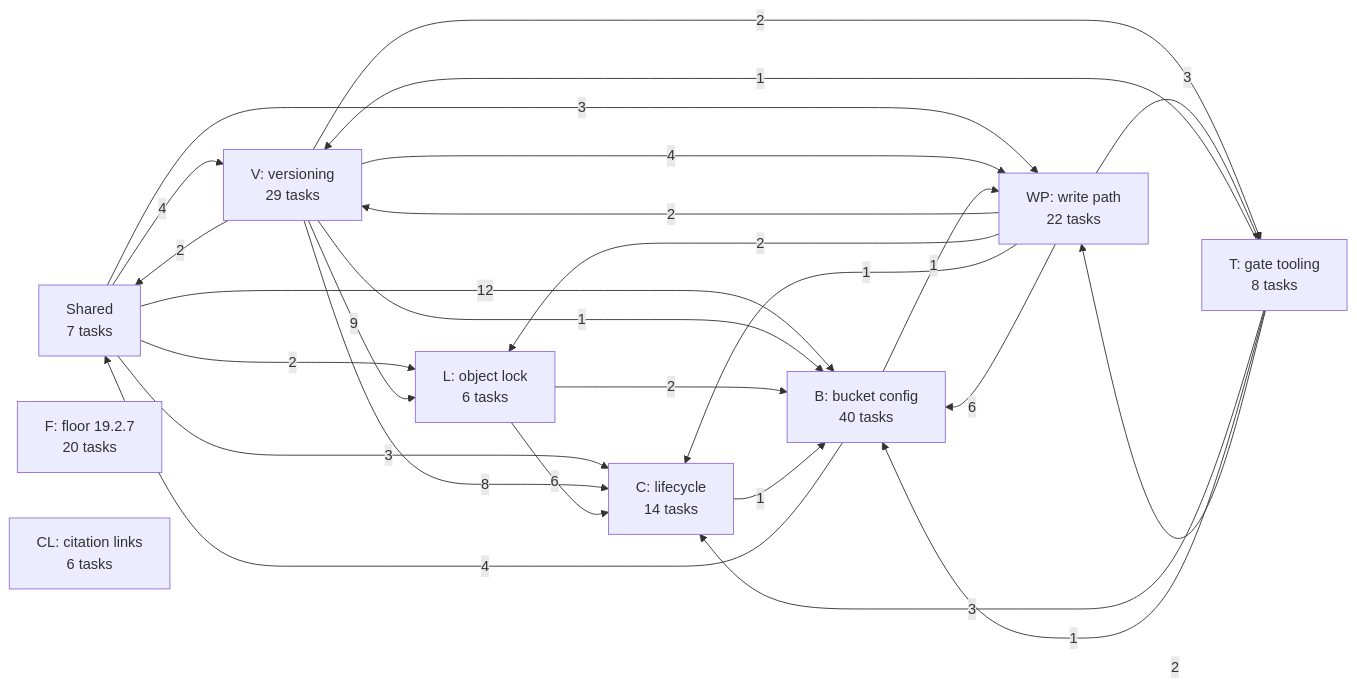
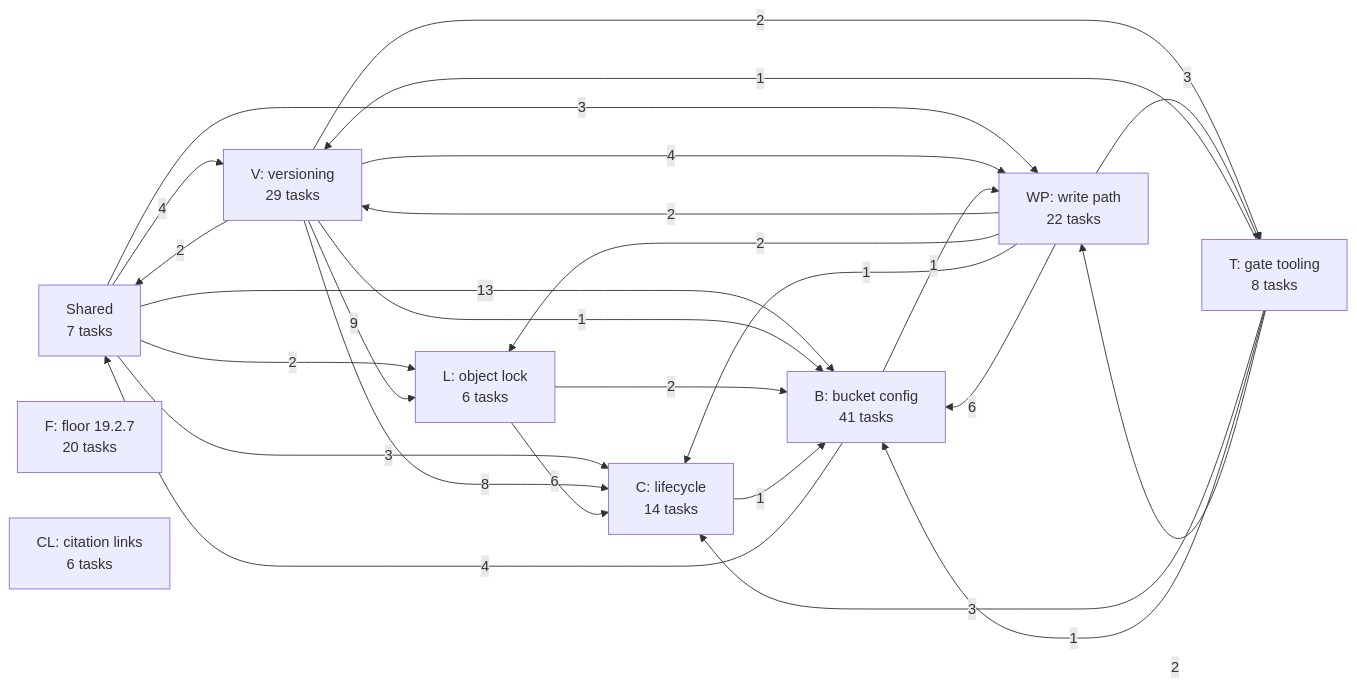
One commit to jhoblitt/rgw-go changed the first of 10 diagrams in docs/superpowers/plans/2026-10-13-phase-2/dependencies.md. Above: the diagram before and after it, drawn with Mermaid. The commit also changed other lines of this file and 1 other file, not shown here.

````diff
--- a/docs/superpowers/plans/2026-10-13-phase-2/dependencies.md
+++ b/docs/superpowers/plans/2026-10-13-phase-2/dependencies.md
@@ -13,37 +13,37 @@
 ```mermaid
 flowchart LR
   u_S["Shared<br/>7 tasks"]
   u_F["F: floor 19.2.7<br/>20 tasks"]
   u_V["V: versioning<br/>29 tasks"]
   u_L["L: object lock<br/>6 tasks"]
   u_C["C: lifecycle<br/>14 tasks"]
-  u_B["B: bucket config<br/>40 tasks"]
+  u_B["B: bucket config<br/>41 tasks"]
   u_WP["WP: write path<br/>22 tasks"]
   u_T["T: gate tooling<br/>8 tasks"]
   u_CL["CL: citation links<br/>6 tasks"]
   u_S -->|4| u_V
   u_S -->|2| u_L
   u_S -->|3| u_C
-  u_S -->|12| u_B
+  u_S -->|13| u_B
   u_S -->|3| u_WP
   u_V -->|2| u_S
   u_V -->|9| u_L
   u_V -->|8| u_C
   u_V -->|1| u_B
   u_V -->|4| u_WP
   u_V -->|2| u_T
   u_L -->|6| u_C
   u_L -->|2| u_B
   u_C -->|1| u_B
   u_B -->|4| u_S
   u_B -->|1| u_WP
   u_WP -->|2| u_V
   u_WP -->|2| u_L
   u_WP -->|1| u_C
   u_WP -->|6| u_B
   u_WP -->|3| u_T
   u_T -->|1| u_V
   u_T -->|3| u_C
   u_T -->|1| u_B
   u_T -->|2| u_WP
 ```
````
